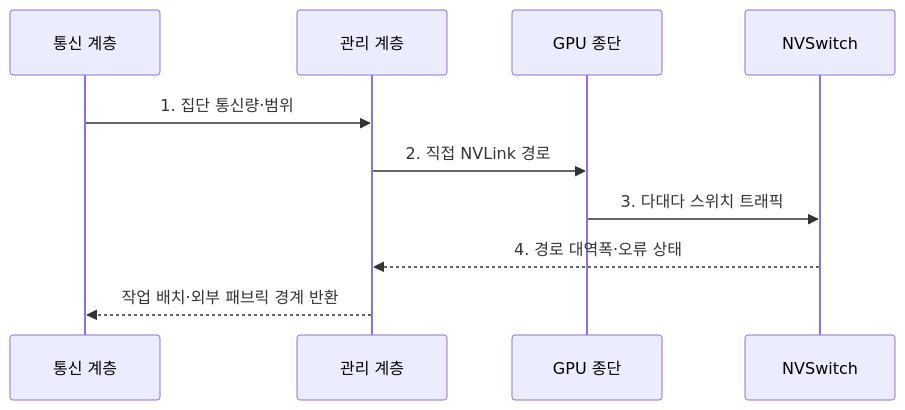
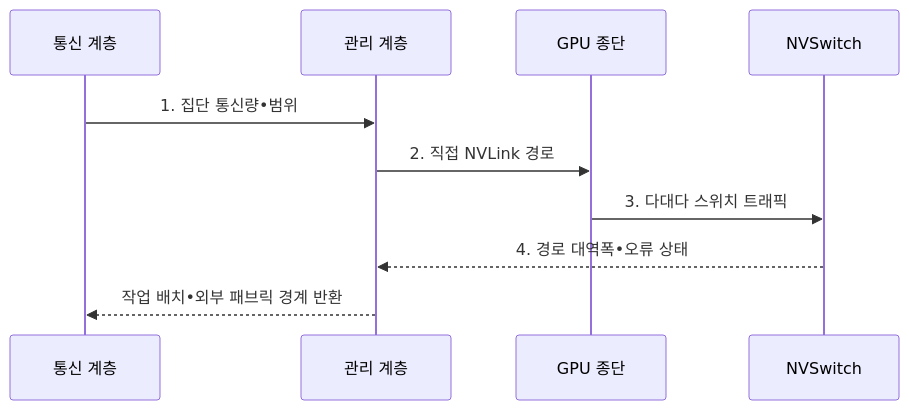
Before and after one commit to agnusdei1207/knowledge-base: the second of 2 diagrams in src/content/docs/notes/08-latest-tech/150_nvlink.md, drawn with Mermaid. The commit also changed other lines of this file and 953 other files, not shown here.

````diff
--- a/src/content/docs/notes/08-latest-tech/150_nvlink.md
+++ b/src/content/docs/notes/08-latest-tech/150_nvlink.md
@@ -109,12 +109,12 @@
 ```mermaid
 sequenceDiagram
   participant C as 통신 계층
   participant M as 관리 계층
   participant G as GPU 종단
   participant S as NVSwitch
-  C->>M: 1. 집단 통신량·범위
+  C->>M: 1. 집단 통신량•범위
   M->>G: 2. 직접 NVLink 경로
   G->>S: 3. 다대다 스위치 트래픽
-  S-->>M: 4. 경로 대역폭·오류 상태
-  M-->>C: 작업 배치·외부 패브릭 경계 반환
+  S-->>M: 4. 경로 대역폭•오류 상태
+  M-->>C: 작업 배치•외부 패브릭 경계 반환
 ```
````
